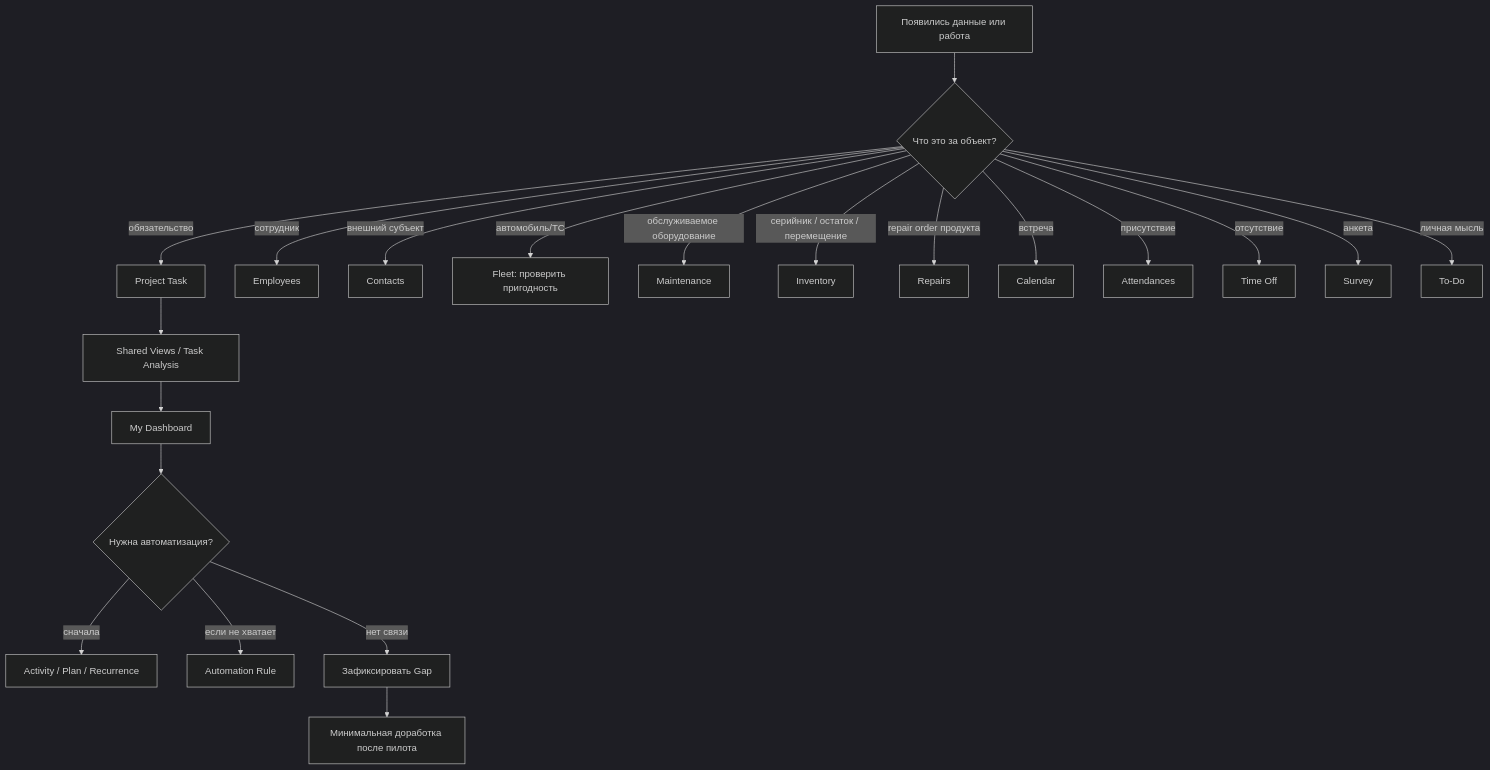
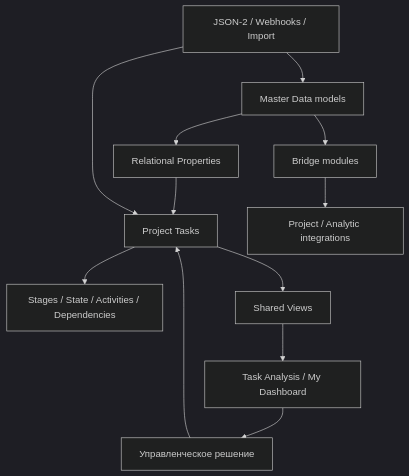
One commit to lazuale/department changed the diagram in docs/00-odoo19-community.md. Above: the diagram before and after it, drawn with Mermaid (dark theme). The commit also changed other lines of this file, not shown here.

Commit message:
Уточнить границы Community и relational Properties

````diff
--- a/docs/00-odoo19-community.md
+++ b/docs/00-odoo19-community.md
@@ -804,25 +580,17 @@
 ```mermaid
-flowchart TD
-    A[Появились данные или работа] --> B{Что это за объект?}
+flowchart TB
+    MD[Master Data models] --> RP[Relational Properties]
+    RP --> T[Project Tasks]
+    T --> W[Stages / State / Activities / Dependencies]
+    T --> V[Shared Views]
+    V --> A[Task Analysis / My Dashboard]
 
-    B -->|обязательство| T[Project Task]
-    B -->|сотрудник| E[Employees]
-    B -->|внешний субъект| C[Contacts]
-    B -->|автомобиль/ТС| F[Fleet: проверить пригодность]
-    B -->|обслуживаемое оборудование| M[Maintenance]
-    B -->|серийник / остаток / перемещение| I[Inventory]
-    B -->|repair order продукта| R[Repairs]
-    B -->|встреча| CAL[Calendar]
-    B -->|присутствие| AT[Attendances]
-    B -->|отсутствие| TO[Time Off]
-    B -->|анкета| S[Survey]
-    B -->|личная мысль| TD[To-Do]
+    MD --> B[Bridge modules]
+    B --> P[Project / Analytic integrations]
 
-    T --> V[Shared Views / Task Analysis]
-    V --> D[My Dashboard]
-    D --> Q{Нужна автоматизация?}
-    Q -->|сначала| A1[Activity / Plan / Recurrence]
-    Q -->|если не хватает| AU[Automation Rule]
-    Q -->|нет связи| GAP[Зафиксировать Gap]
-    GAP --> MOD[Минимальная доработка после пилота]
+    API[JSON-2 / Webhooks / Import] --> MD
+    API --> T
+
+    A --> D[Управленческое решение]
+    D --> T
 ```
````
